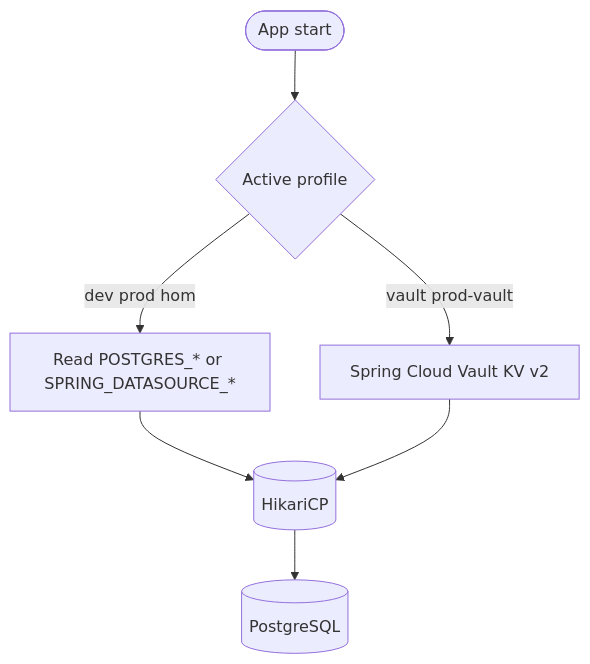
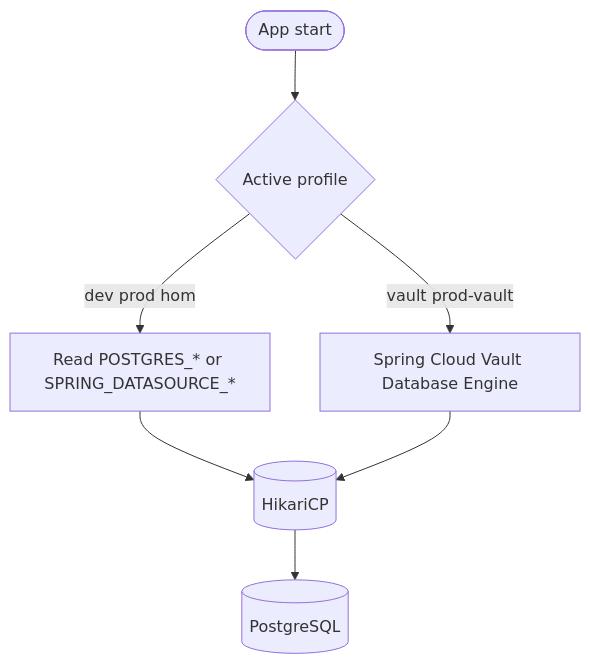
The fifth of 5 diagrams in docs/architecture.md (KleilsonSantos/VaultSpring), drawn with Mermaid before and after one commit. The commit also changed other lines of this file and 9 other files, not shown here.

First line of the commit message:
docs: align ADR-0002/0005 and guides with Vault database backend

````diff
--- a/docs/architecture.md
+++ b/docs/architecture.md
@@ -132,9 +132,9 @@
 ```mermaid
 flowchart TB
   START([App start]) --> PROF{Active profile}
   PROF -->|dev prod hom| ENV[Read POSTGRES_* or SPRING_DATASOURCE_*]
-  PROF -->|vault prod-vault| VAULT[Spring Cloud Vault KV v2]
+  PROF -->|vault prod-vault| VAULT[Spring Cloud Vault Database Engine]
   ENV --> DS[(HikariCP)]
   VAULT --> DS
   DS --> PG[(PostgreSQL)]
 ```
````
